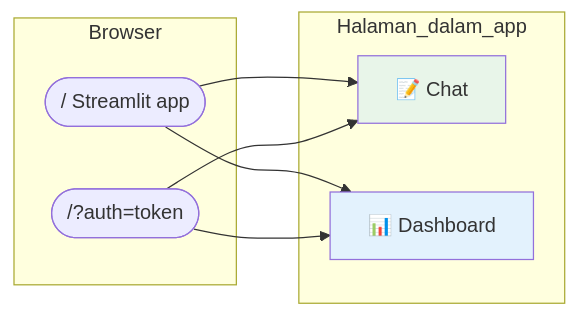
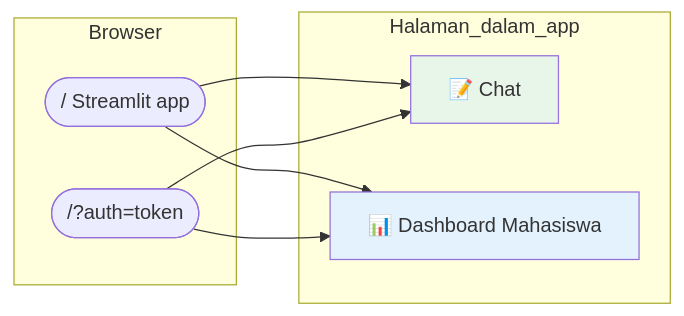
One commit to noermuhmmadayub/project-ayub changed the seventh of 7 diagrams in DOKUMENTASI_SISTEM.md. Above: the diagram before and after it, drawn with Mermaid. The commit also changed other lines of this file and 17 other files, not shown here.

````diff
--- a/DOKUMENTASI_SISTEM.md
+++ b/DOKUMENTASI_SISTEM.md
@@ -358,20 +438,20 @@
 ```mermaid
 flowchart LR
   subgraph Browser
     H1([/ Streamlit app])
     H2([/?auth=token])
   end
 
   subgraph Halaman_dalam_app
     M1[📝 Chat]
-    M2[📊 Dashboard]
+    M2[📊 Dashboard Mahasiswa]
   end
 
   H1 --> M1
   H2 --> M1
   H1 --> M2
   H2 --> M2
 
   style M1 fill:#e8f5e9
   style M2 fill:#e3f2fd
 ```
````
